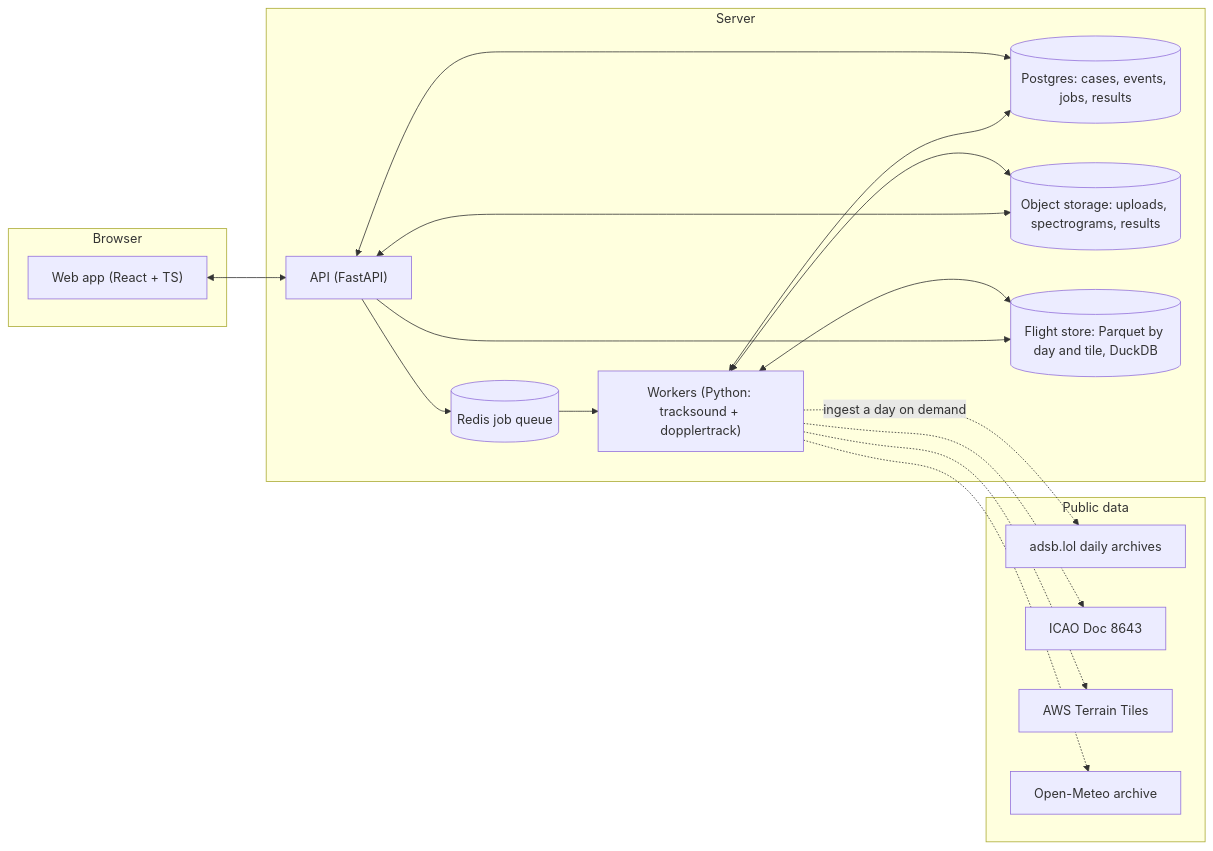
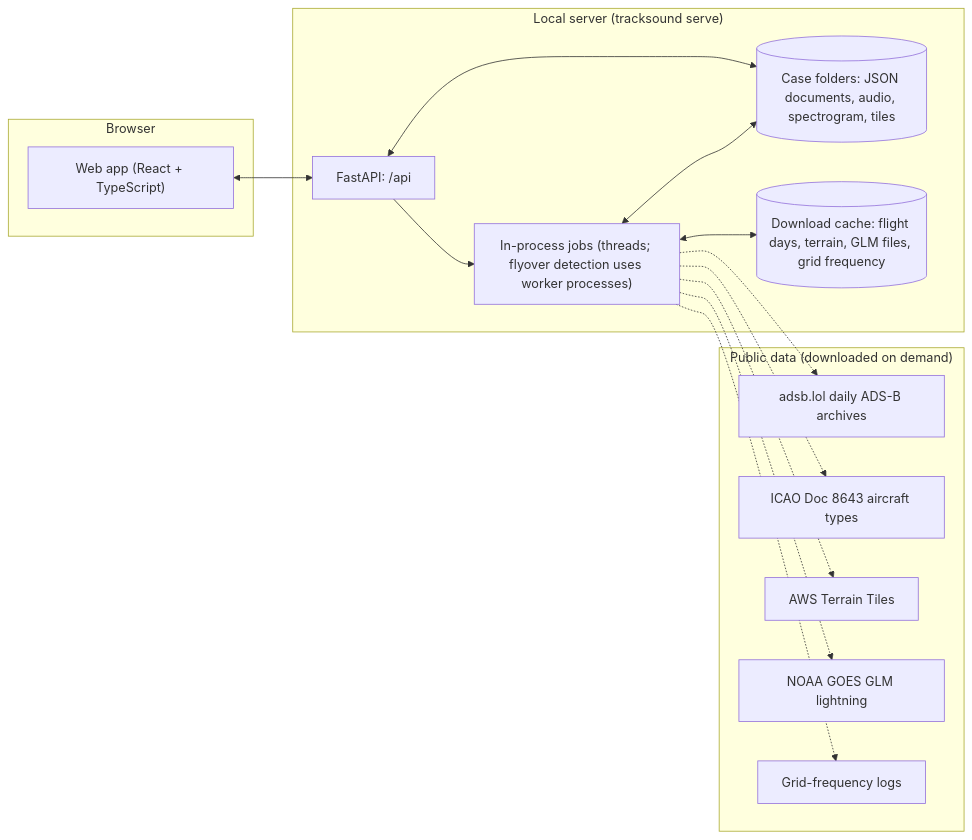
Before and after one commit to Savvyboi/TrackSound: the diagram in docs/PLAN.md, drawn with Mermaid. The commit also changed other lines of this file and 122 other files, not shown here.

First line of the commit message:
Build local web app: backend core and aircraft source (checkpoint)

````diff
--- a/docs/PLAN.md
+++ b/docs/PLAN.md
@@ -200,32 +208,29 @@
 ```mermaid
 flowchart LR
   subgraph Browser
-    UI["Web app (React + TS)"]
+    UI["Web app (React + TypeScript)"]
   end
-  subgraph Server
-    API["API (FastAPI)"]
-    Q[("Redis job queue")]
-    W["Workers (Python: tracksound + dopplertrack)"]
-    DB[("Postgres: cases, events, jobs, results")]
-    OBJ[("Object storage: uploads, spectrograms, results")]
-    FS[("Flight store: Parquet by day and tile, DuckDB")]
+  subgraph "Local server (tracksound serve)"
+    API["FastAPI: /api"]
+    J["In-process jobs (threads; flyover detection uses worker processes)"]
+    CASES[("Case folders: JSON documents, audio, spectrogram, tiles")]
+    CACHE[("Download cache: flight days, terrain, GLM files, grid frequency")]
   end
-  subgraph Public data
-    LOL["adsb.lol daily archives"]
-    D8643["ICAO Doc 8643"]
+  subgraph "Public data (downloaded on demand)"
+    LOL["adsb.lol daily ADS-B archives"]
+    D8643["ICAO Doc 8643 aircraft types"]
     DEM["AWS Terrain Tiles"]
-    WX["Open-Meteo archive"]
+    GLM["NOAA GOES GLM lightning"]
+    GRID["Grid-frequency logs"]
   end
   UI <--> API
-  API --> Q --> W
-  API <--> DB
-  W <--> DB
-  W <--> OBJ
-  API <--> OBJ
-  W <--> FS
-  API --> FS
-  W -. "ingest a day on demand" .-> LOL
-  W -.-> D8643
-  W -.-> DEM
-  W -.-> WX
+  API --> J
+  API <--> CASES
+  J <--> CASES
+  J <--> CACHE
+  J -.-> LOL
+  J -.-> D8643
+  J -.-> DEM
+  J -.-> GLM
+  J -.-> GRID
 ```
````
